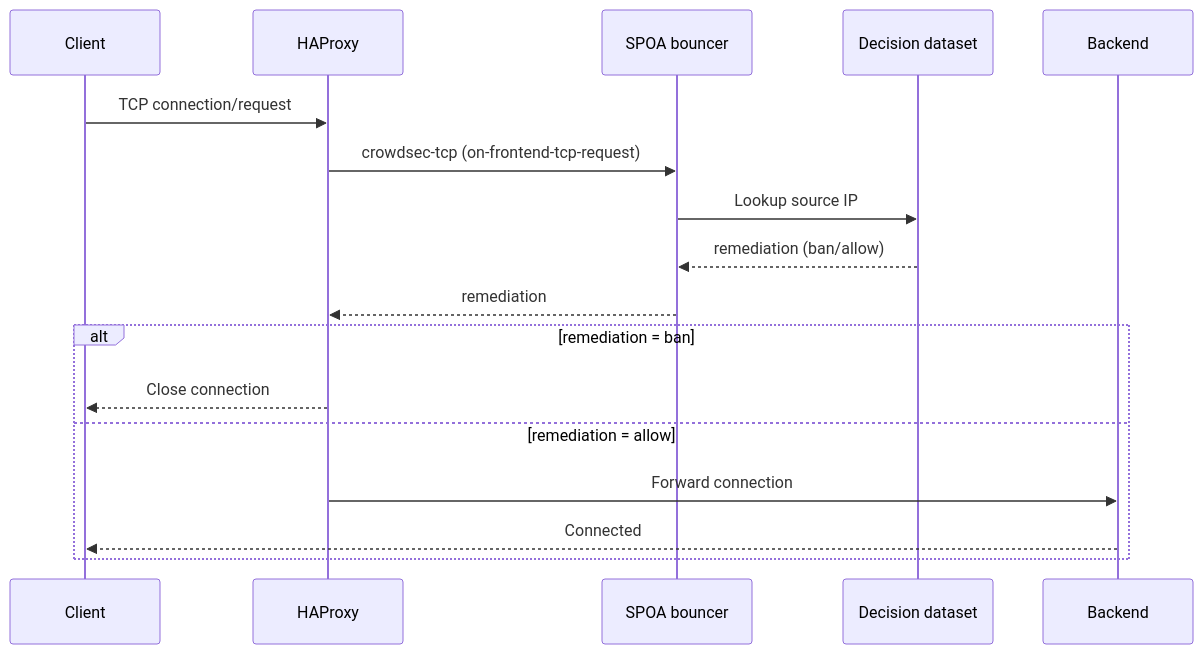
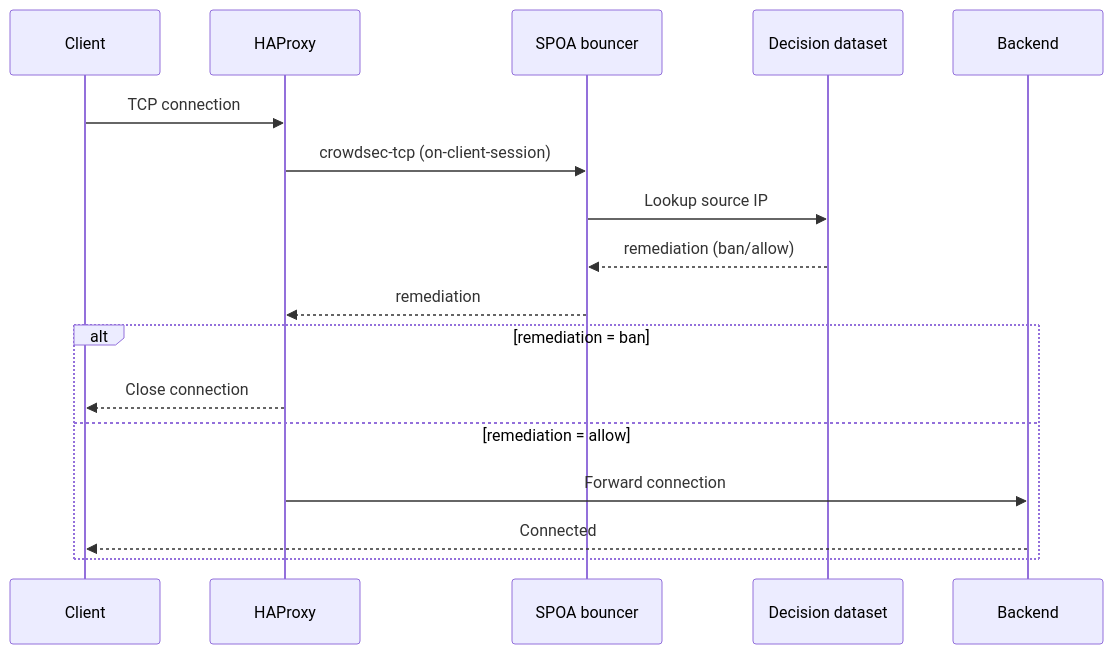
One commit to crowdsecurity/cs-haproxy-spoa-bouncer changed the sixth of 7 diagrams in README.md. Above: the diagram before and after it, drawn with Mermaid. The commit also changed other lines of this file, not shown here.

````diff
--- a/README.md
+++ b/README.md
@@ -166,21 +170,21 @@
 ```mermaid
 sequenceDiagram
     participant Client
     participant HAProxy
     participant SPOA as SPOA bouncer
     participant Dataset as Decision dataset
     participant Backend
 
-    Client->>HAProxy: TCP connection/request
-    HAProxy->>SPOA: crowdsec-tcp (on-frontend-tcp-request)
+    Client->>HAProxy: TCP connection
+    HAProxy->>SPOA: crowdsec-tcp (on-client-session)
     SPOA->>Dataset: Lookup source IP
     Dataset-->>SPOA: remediation (ban/allow)
     SPOA-->>HAProxy: remediation
 
     alt remediation = ban
         HAProxy-->>Client: Close connection
     else remediation = allow
         HAProxy->>Backend: Forward connection
         Backend-->>Client: Connected
     end
 ```
````
